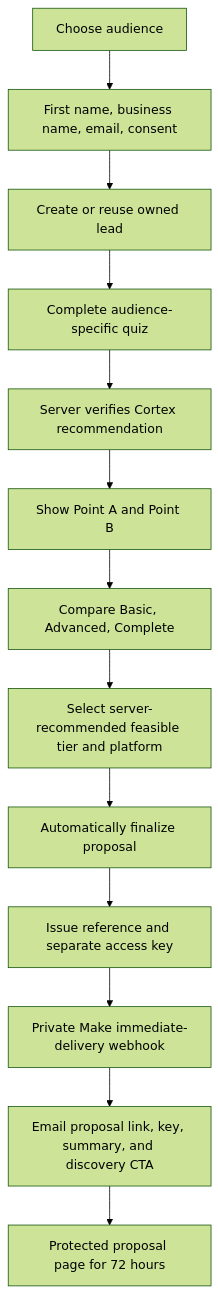
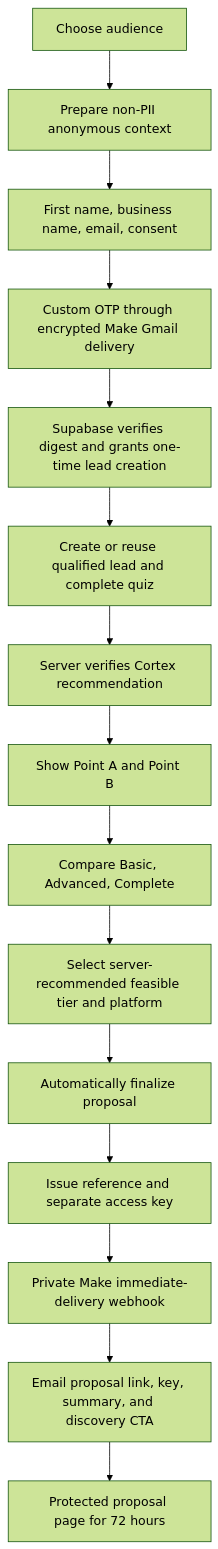
One commit to dmptelysha/elysha-works-portfolio-service-professionals changed the second of 3 diagrams in docs/portfolio-blueprint.md. Above: the diagram before and after it, drawn with Mermaid (forest theme). The commit also changed other lines of this file and 8 other files, not shown here.

Commit message:
Harden Make OTP delivery envelope

````diff
--- a/docs/portfolio-blueprint.md
+++ b/docs/portfolio-blueprint.md
@@ -504,15 +505,17 @@
 ```mermaid
 flowchart TD
-    A[Choose audience] --> B[First name, business name, email, consent]
-    B --> C[Create or reuse owned lead]
-    C --> D[Complete audience-specific quiz]
+    A[Choose audience] --> B[Prepare non-PII anonymous context]
+    B --> C[First name, business name, email, consent]
+    C --> C1[Custom OTP through encrypted Make Gmail delivery]
+    C1 --> C2[Supabase verifies digest and grants one-time lead creation]
+    C2 --> D[Create or reuse qualified lead and complete quiz]
     D --> E[Server verifies Cortex recommendation]
     E --> F[Show Point A and Point B]
     F --> G[Compare Basic, Advanced, Complete]
     G --> H[Select server-recommended feasible tier and platform]
     H --> I[Automatically finalize proposal]
     I --> J[Issue reference and separate access key]
     J --> K[Private Make immediate-delivery webhook]
     K --> L[Email proposal link, key, summary, and discovery CTA]
     L --> M[Protected proposal page for 72 hours]
 ```
````
